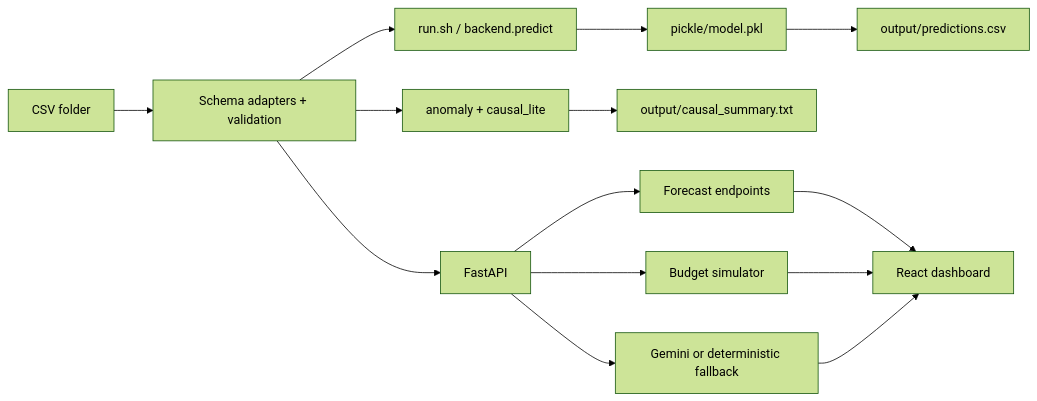
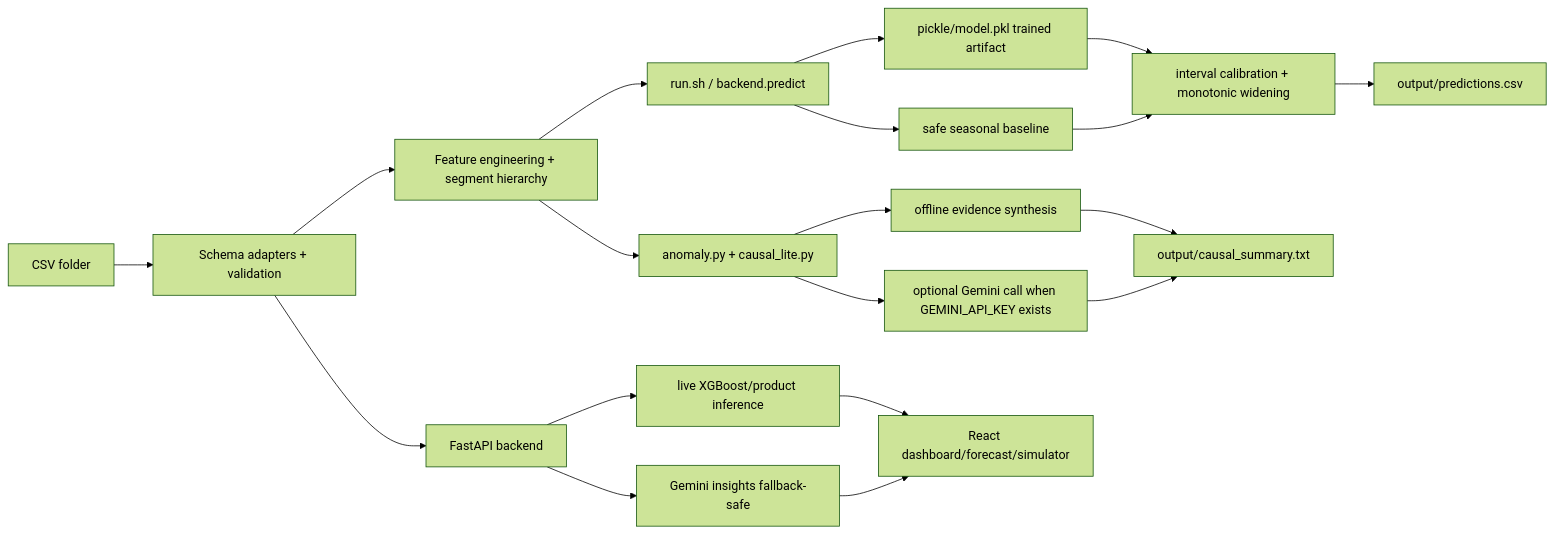
Before and after one commit to VINAY-KUMAR-PY/ignite-forecast-iq: the diagram in TECHNICAL.md, drawn with Mermaid (forest theme). The commit also changed other lines of this file and 10 other files, not shown here.

Commit message:
Improve graded live AI, long-horizon evidence, coverage, architecture, and budget summaries

````diff
--- a/TECHNICAL.md
+++ b/TECHNICAL.md
@@ -285,17 +308,22 @@
 ```mermaid
 flowchart LR
   CSV["CSV folder"] --> Adapter["Schema adapters + validation"]
-  Adapter --> Evaluator["run.sh / backend.predict"]
-  Evaluator --> Model["pickle/model.pkl"]
-  Model --> Predictions["output/predictions.csv"]
-  Adapter --> Causal["anomaly + causal_lite"]
-  Causal --> Summary["output/causal_summary.txt"]
+  Adapter --> Features["Feature engineering + segment hierarchy"]
+  Features --> Evaluator["run.sh / backend.predict"]
+  Evaluator --> Model["pickle/model.pkl trained artifact"]
+  Evaluator --> Baseline["safe seasonal baseline"]
+  Model --> Intervals["interval calibration + monotonic widening"]
+  Baseline --> Intervals
+  Intervals --> Predictions["output/predictions.csv"]
+  Features --> Causal["anomaly.py + causal_lite.py"]
+  Causal --> OfflineAI["offline evidence synthesis"]
+  Causal --> LiveAI["optional Gemini call when GEMINI_API_KEY exists"]
+  OfflineAI --> Summary["output/causal_summary.txt"]
+  LiveAI --> Summary
 
-  Adapter --> API["FastAPI"]
-  API --> Forecast["Forecast endpoints"]
-  API --> Simulator["Budget simulator"]
-  API --> Gemini["Gemini or deterministic fallback"]
-  Forecast --> UI["React dashboard"]
-  Simulator --> UI
+  Adapter --> API["FastAPI backend"]
+  API --> XGB["live XGBoost/product inference"]
+  API --> Gemini["Gemini insights fallback-safe"]
+  XGB --> UI["React dashboard/forecast/simulator"]
   Gemini --> UI
 ```
````
